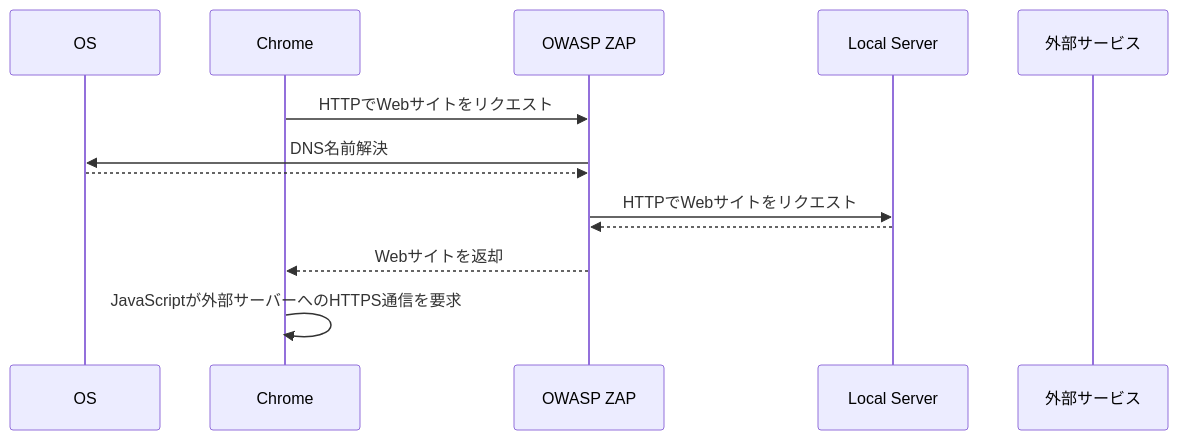
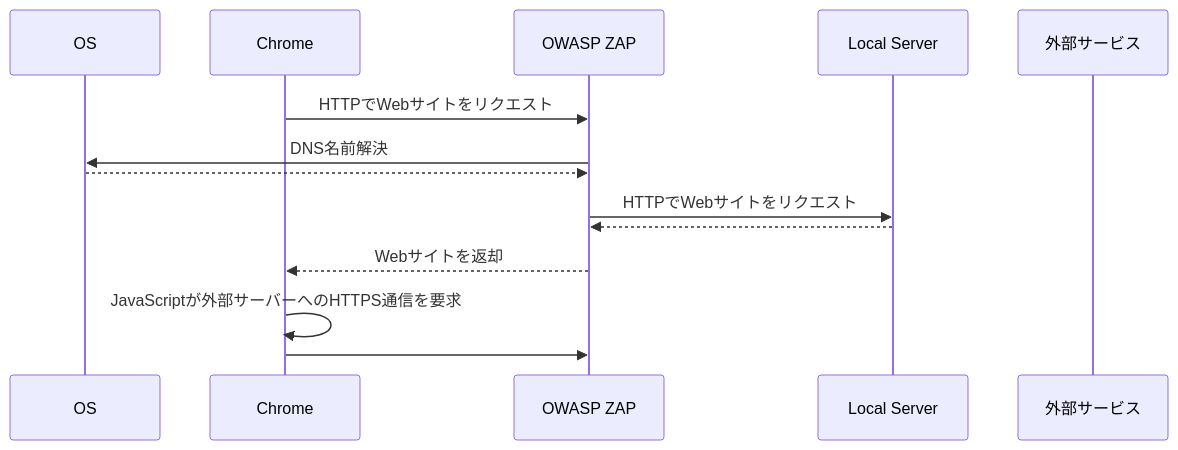
The diagram in articles/owasp-zap-localhost-subdomain.md (xhiroga/zenn-content), drawn with Mermaid before and after one commit.

Commit message:
chore: 1行足す

````diff
--- a/articles/owasp-zap-localhost-subdomain.md
+++ b/articles/owasp-zap-localhost-subdomain.md
@@ -32,16 +32,17 @@
 ```mermaid
 sequenceDiagram
     participant OS
     participant Chrome
     participant zap as OWASP ZAP
     participant local as Local Server
     participant 3rd as 外部サービス
 
     Chrome->>zap: HTTPでWebサイトをリクエスト
     zap->>OS: DNS名前解決
     OS-->>zap: 
     zap->>local: HTTPでWebサイトをリクエスト
     local-->>zap: 
     zap-->>Chrome: Webサイトを返却
     Chrome->>Chrome: JavaScriptが外部サーバーへのHTTPS通信を要求
+    Chrome->>zap: 
 ```
````
